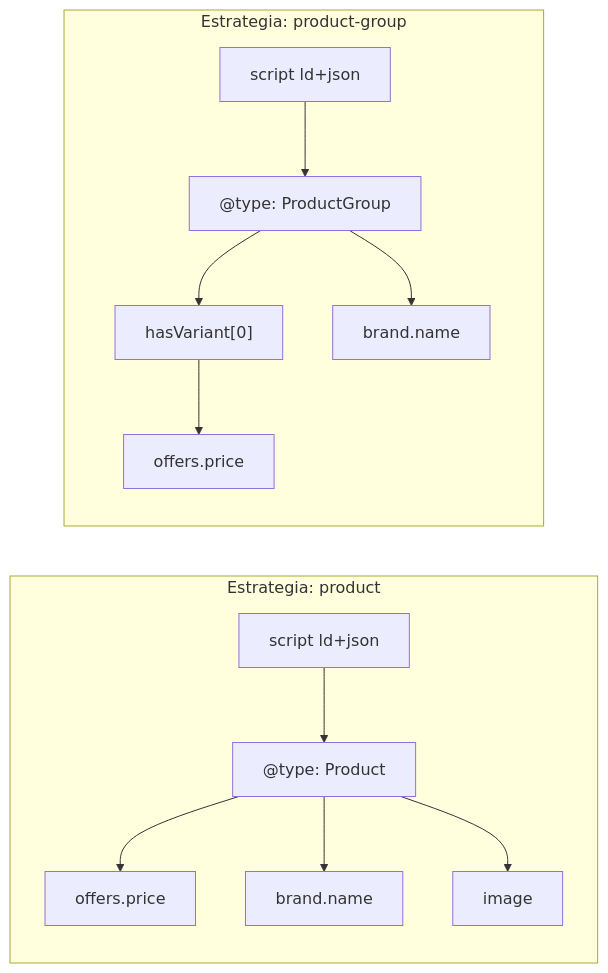
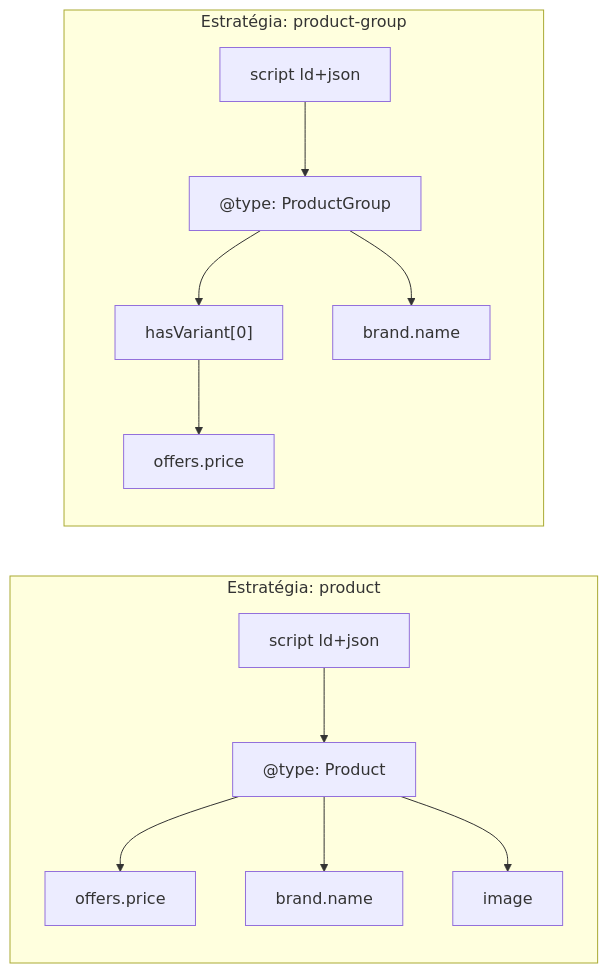
One commit to GXDEVS/potebarato changed the second of 3 diagrams in README.md. Above: the diagram before and after it, drawn with Mermaid. The commit also changed other lines of this file, not shown here.

````diff
--- a/README.md
+++ b/README.md
@@ -141,16 +141,16 @@
 ```mermaid
 flowchart LR
-    subgraph "Estrategia: product"
+    subgraph "Estratégia: product"
         P1["script ld+json"] --> P2["@type: Product"]
         P2 --> P3["offers.price"]
         P2 --> P4["brand.name"]
         P2 --> P5["image"]
     end
 
-    subgraph "Estrategia: product-group"
+    subgraph "Estratégia: product-group"
         G1["script ld+json"] --> G2["@type: ProductGroup"]
         G2 --> G3["hasVariant[0]"]
         G3 --> G4["offers.price"]
         G2 --> G5["brand.name"]
     end
 ```
````
